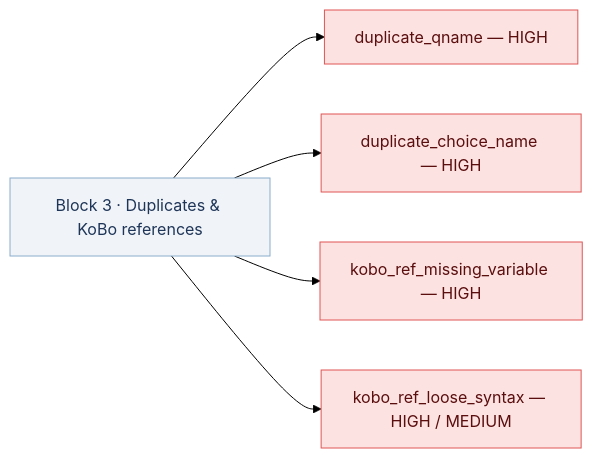
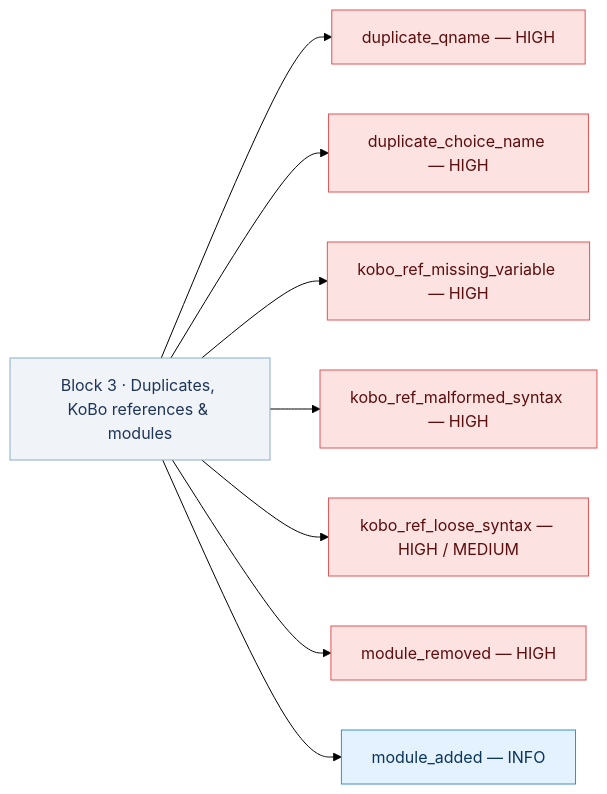
Before and after one commit to edoardoforzano1/DIEM_Questionnaire_Validation: the fifth of 10 diagrams in docs/workflow/kobo-logic.md, drawn with Mermaid (forest theme). The commit also changed other lines of this file and 5 other files, not shown here.

````diff
--- a/docs/workflow/kobo-logic.md
+++ b/docs/workflow/kobo-logic.md
@@ -238,14 +238,20 @@
 ```mermaid
 flowchart LR
-    DK["Block 3 · Duplicates & KoBo references"]
+    DK["Block 3 · Duplicates, KoBo references & modules"]
     DK --> F["duplicate_qname — HIGH"]
     DK --> G["duplicate_choice_name — HIGH"]
     DK --> H["kobo_ref_missing_variable — HIGH"]
-    DK --> I["kobo_ref_loose_syntax — HIGH / MEDIUM"]
+    DK --> I["kobo_ref_malformed_syntax — HIGH"]
+    DK --> J["kobo_ref_loose_syntax — HIGH / MEDIUM"]
+    DK --> K["module_removed — HIGH"]
+    DK --> L["module_added — INFO"]
 
     style DK fill:#f0f4f8,stroke:#8aaccc,color:#1f3558
     style F  fill:#fde2e2,stroke:#e05555,color:#5a0e0e
     style G  fill:#fde2e2,stroke:#e05555,color:#5a0e0e
     style H  fill:#fde2e2,stroke:#e05555,color:#5a0e0e
     style I  fill:#fde2e2,stroke:#e05555,color:#5a0e0e
+    style J  fill:#fde2e2,stroke:#e05555,color:#5a0e0e
+    style K  fill:#fde2e2,stroke:#e05555,color:#5a0e0e
+    style L  fill:#e4f1ff,stroke:#3a8ec9,color:#0a3557
 ```
````
